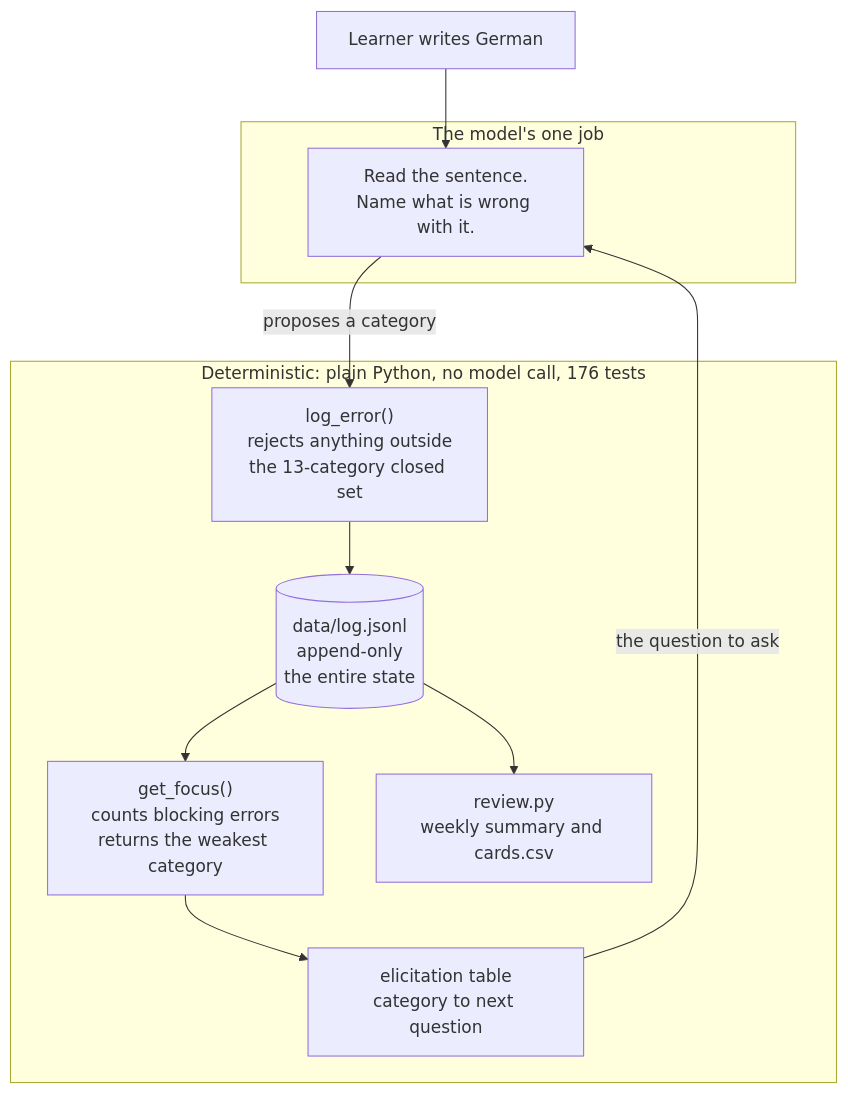
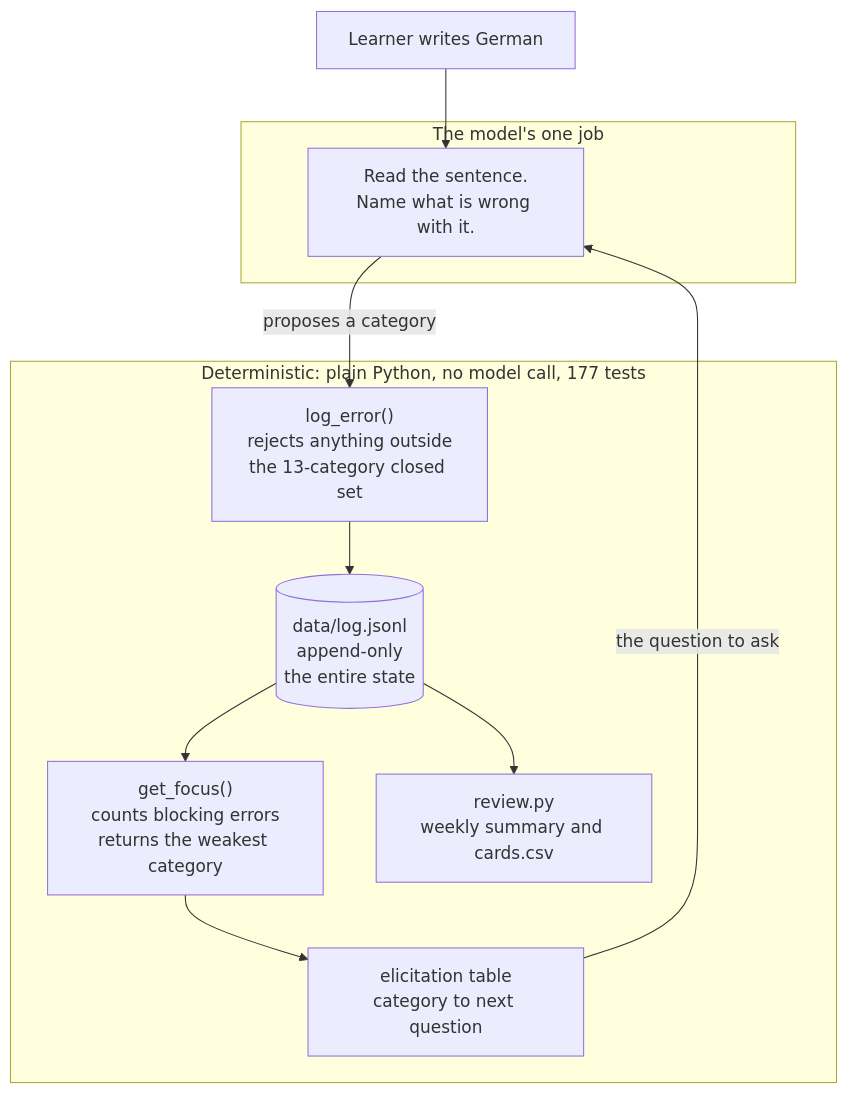
One commit to ampaduchris/german-b1-tutor changed the diagram in README.md. Above: the diagram before and after it, drawn with Mermaid. The commit also changed other lines of this file and 2 other files, not shown here.

````diff
--- a/README.md
+++ b/README.md
@@ -30,22 +30,22 @@
 ```mermaid
 flowchart TD
     subgraph MODEL["The model's one job"]
         M["Read the sentence.<br/>Name what is wrong with it."]
     end
 
-    subgraph DET["Deterministic: plain Python, no model call, 176 tests"]
+    subgraph DET["Deterministic: plain Python, no model call, 177 tests"]
         V["log_error()<br/>rejects anything outside<br/>the 13-category closed set"]
         LOG[("data/log.jsonl<br/>append-only<br/>the entire state")]
         F["get_focus()<br/>counts blocking errors<br/>returns the weakest category"]
         T["elicitation table<br/>category to next question"]
         R["review.py<br/>weekly summary and cards.csv"]
     end
 
     L["Learner writes German"] --> M
     M -->|proposes a category| V
     V --> LOG
     LOG --> F
     F --> T
     LOG --> R
     T -->|the question to ask| M
 ```
````
